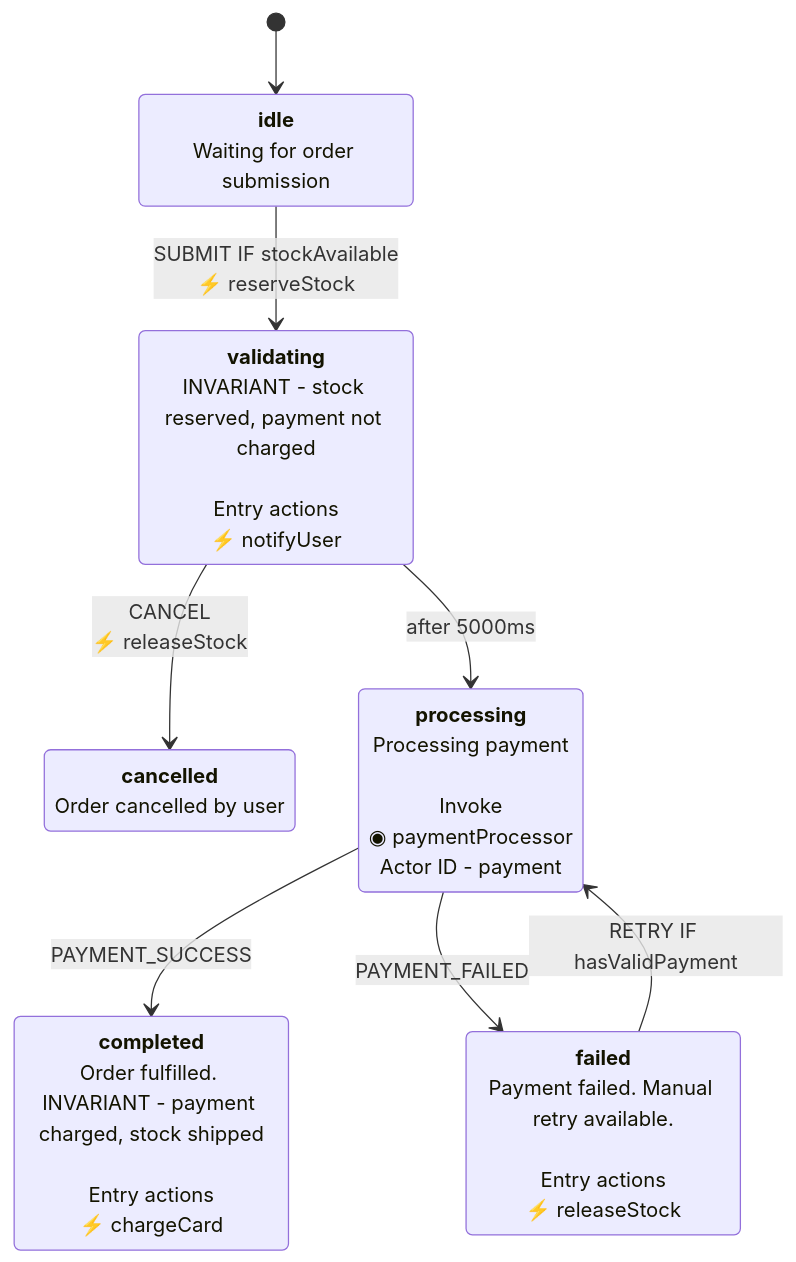
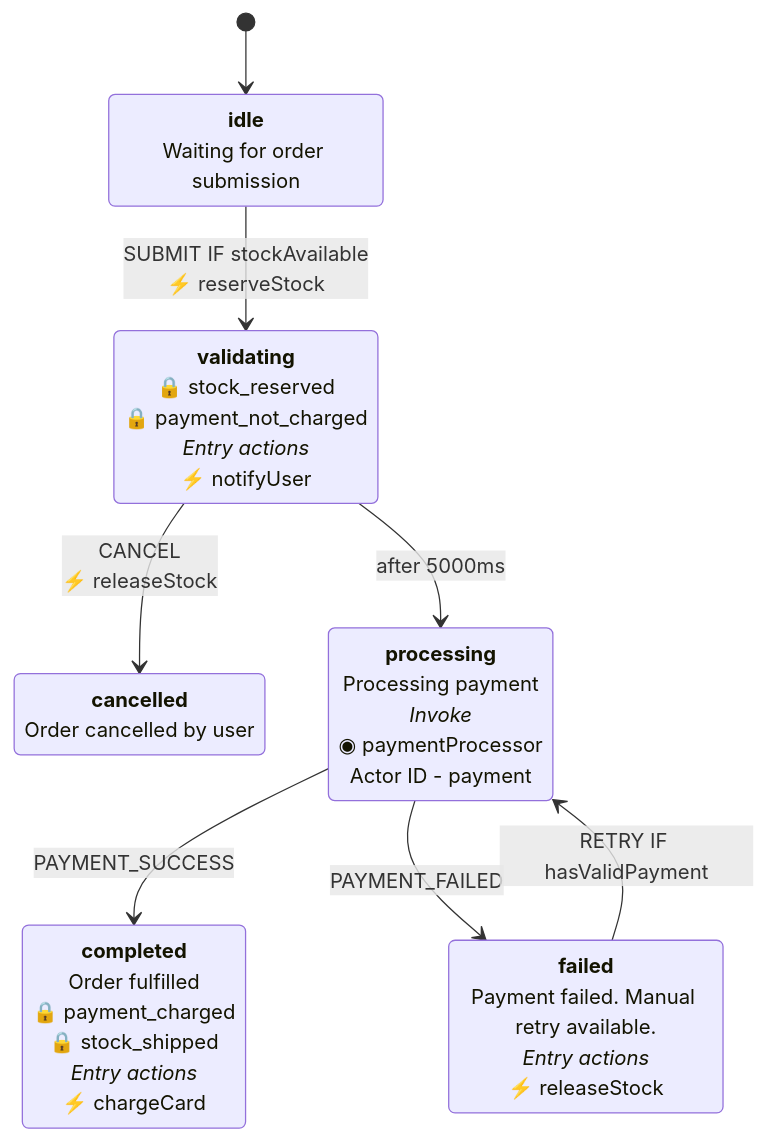
One commit to zitongcharliedeng/xstate-ts-to-mermaid changed the diagram in README.md. Above: the diagram before and after it, drawn with Mermaid. The commit also changed other lines of this file and 2 other files, not shown here.

````diff
--- a/README.md
+++ b/README.md
@@ -101,17 +106,17 @@
 ```mermaid
 stateDiagram-v2
     %% Order Processing
     [*] --> idle
     idle: <b>idle</b><br/>Waiting for order submission
     idle --> validating: SUBMIT IF stockAvailable<br/>⚡ reserveStock
-    validating: <b>validating</b><br/>INVARIANT - stock reserved, payment not charged<br/><br/>Entry actions<br/>⚡ notifyUser
+    validating: <b>validating</b><br/>🔒 stock_reserved<br/>🔒 payment_not_charged<br/><i>Entry actions</i><br/>⚡ notifyUser
     validating --> cancelled: CANCEL<br/>⚡ releaseStock
     validating --> processing: after 5000ms
-    processing: <b>processing</b><br/>Processing payment<br/><br/>Invoke<br/>◉ paymentProcessor<br/>Actor ID - payment
+    processing: <b>processing</b><br/>Processing payment<br/><i>Invoke</i><br/>◉ paymentProcessor<br/>Actor ID - payment
     processing --> completed: PAYMENT_SUCCESS
     processing --> failed: PAYMENT_FAILED
-    completed: <b>completed</b><br/>Order fulfilled. INVARIANT - payment charged, stock shipped<br/><br/>Entry actions<br/>⚡ chargeCard
-    failed: <b>failed</b><br/>Payment failed. Manual retry available.<br/><br/>Entry actions<br/>⚡ releaseStock
+    completed: <b>completed</b><br/>Order fulfilled<br/>🔒 payment_charged<br/>🔒 stock_shipped<br/><i>Entry actions</i><br/>⚡ chargeCard
+    failed: <b>failed</b><br/>Payment failed. Manual retry available.<br/><i>Entry actions</i><br/>⚡ releaseStock
     failed --> processing: RETRY IF hasValidPayment
     cancelled: <b>cancelled</b><br/>Order cancelled by user
 ```
````
